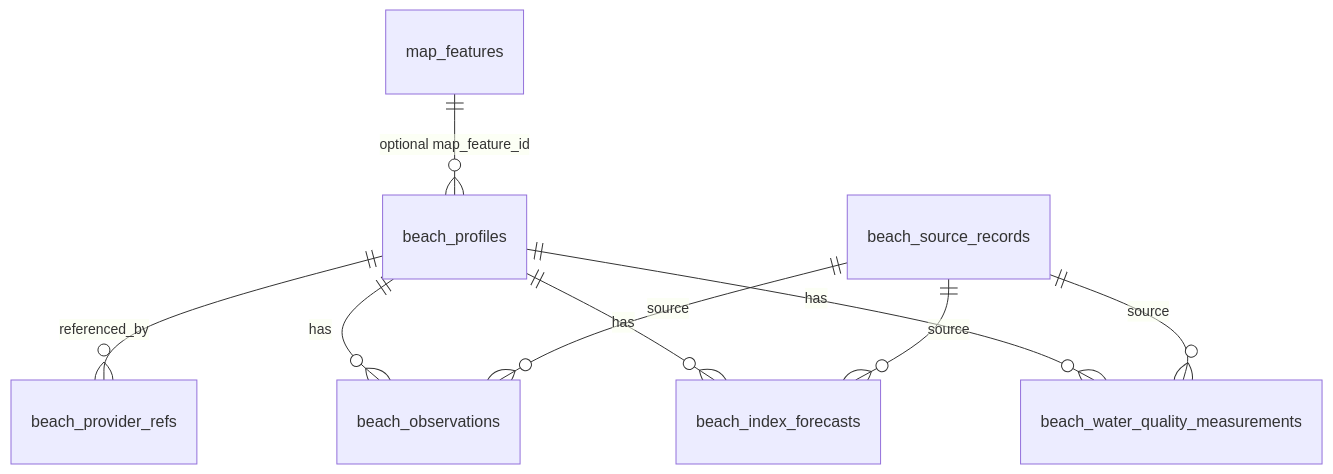
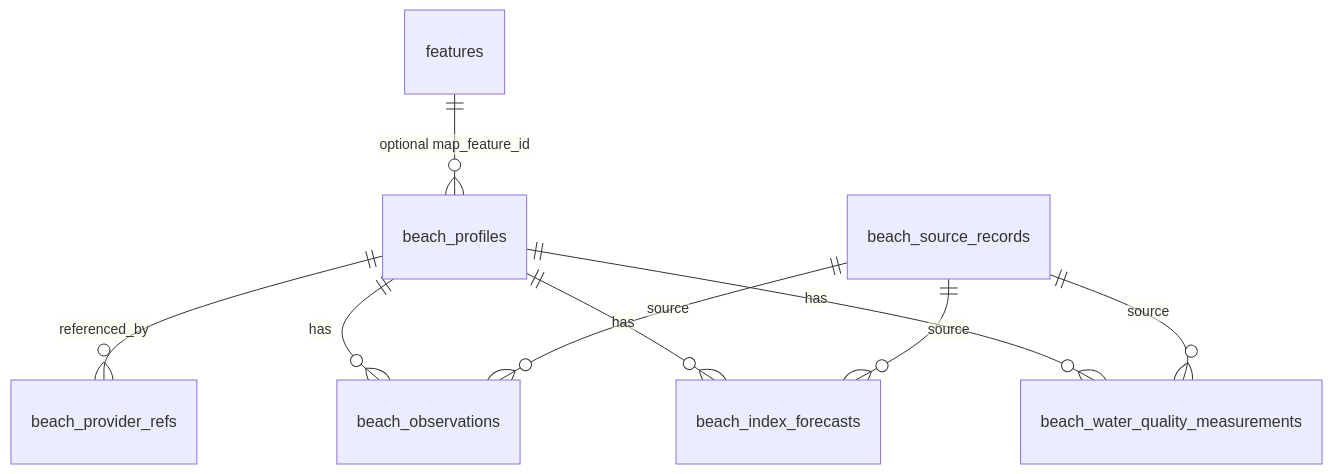
Before and after one commit to digitie/pinvi: the diagram in docs/architecture/beach-schema.md, drawn with Mermaid. The commit also changed other lines of this file and 17 other files, not shown here.

Commit message:
Document krtour map feature boundary

````diff
--- a/docs/architecture/beach-schema.md
+++ b/docs/architecture/beach-schema.md
@@ -17,11 +17,11 @@
 ```mermaid
 erDiagram
-  map_features ||--o{ beach_profiles : "optional map_feature_id"
+  features ||--o{ beach_profiles : "optional map_feature_id"
   beach_profiles ||--o{ beach_provider_refs : "referenced_by"
   beach_profiles ||--o{ beach_observations : "has"
   beach_profiles ||--o{ beach_index_forecasts : "has"
   beach_profiles ||--o{ beach_water_quality_measurements : "has"
   beach_source_records ||--o{ beach_observations : "source"
   beach_source_records ||--o{ beach_index_forecasts : "source"
   beach_source_records ||--o{ beach_water_quality_measurements : "source"
 ```
````
